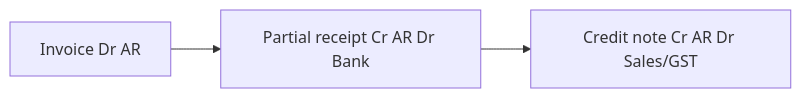
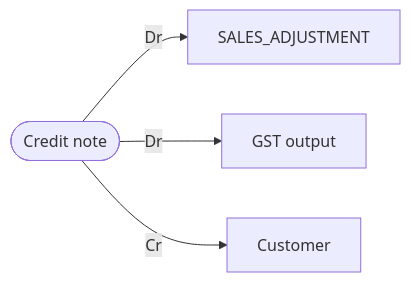
Before and after one commit to Aurifex-Innovations/ERP_docs: diagram 13 of 23 in Specifications/Accounts_Final/Graphical_Testing_guide.md, drawn with Mermaid. The commit also changed other lines of this file, not shown here.

Commit message:
docs: add graphical testing guide for accounting scenarios, COA, and ledger linkage

````diff
--- a/Specifications/Accounts_Final/Graphical_Testing_guide.md
+++ b/Specifications/Accounts_Final/Graphical_Testing_guide.md
@@ -157,5 +471,6 @@
 ```mermaid
 flowchart LR
-  I[Invoice Dr AR] --> P[Partial receipt Cr AR Dr Bank]
-  P --> CN[Credit note Cr AR Dr Sales/GST]
+  CN([Credit note]) -->|Dr| ADJ2[SALES_ADJUSTMENT]
+  CN -->|Dr| GSTOUT[GST output]
+  CN -->|Cr| CUST3[Customer]
 ```
````
